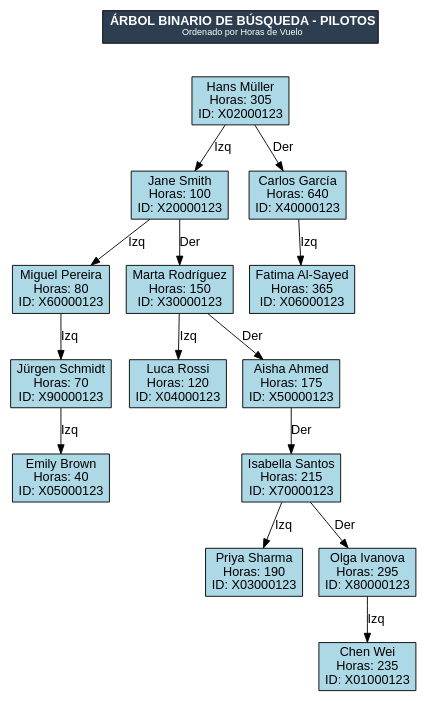
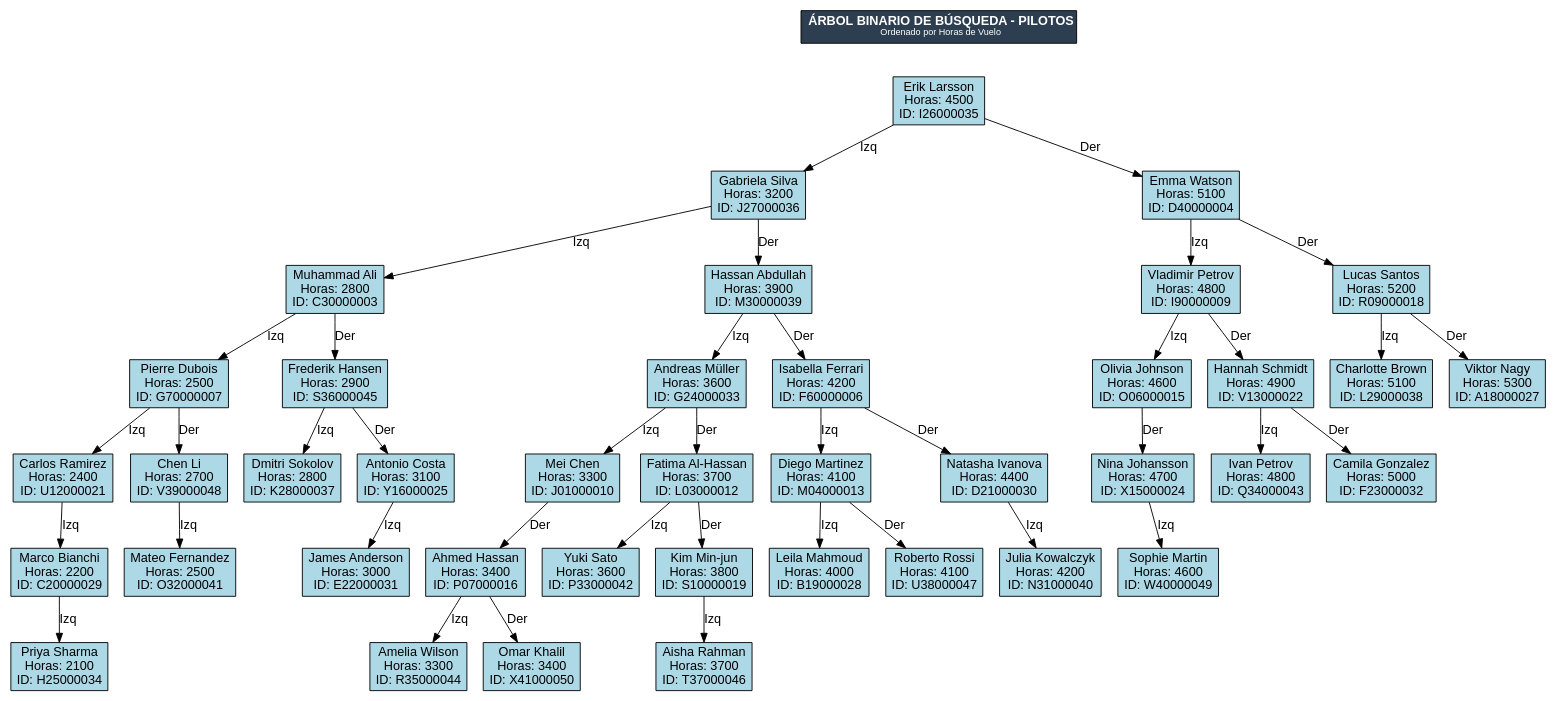
Before and after one commit to Alexis31T/EDD_Proyecto_202401884: the diagram in EDD_Practica_202401884/reportes/arbol_pilotos.dot, drawn with Graphviz. The commit also changed 18 other files, not shown here.

```diff
--- a/EDD_Practica_202401884/reportes/arbol_pilotos.dot
+++ b/EDD_Practica_202401884/reportes/arbol_pilotos.dot
@@ -1,36 +1,88 @@
 digraph ArbolBinarioPilotos {
     node [shape=box, style=filled, fillcolor=lightblue, fontname="Arial"];
     edge [fontname="Arial"];
     rankdir=TB;
 
     titulo [label=<<B>ÁRBOL BINARIO DE BÚSQUEDA - PILOTOS</B><BR/><FONT POINT-SIZE="10">Ordenado por Horas de Vuelo</FONT>>, shape=box, fillcolor="#2C3E50", fontcolor=white, style=filled];
 
-    nodo4 [label="Emily Brown\nHoras: 40\nID: X05000123"];
+    nodo6 [label="Priya Sharma\nHoras: 2100\nID: H25000034"];
+    nodo5 -> nodo6 [label="Izq"];
+    nodo5 [label="Marco Bianchi\nHoras: 2200\nID: C20000029"];
+    nodo4 -> nodo5 [label="Izq"];
+    nodo4 [label="Carlos Ramirez\nHoras: 2400\nID: U12000021"];
     nodo3 -> nodo4 [label="Izq"];
-    nodo3 [label="Jürgen Schmidt\nHoras: 70\nID: X90000123"];
+    nodo8 [label="Mateo Fernandez\nHoras: 2500\nID: O32000041"];
+    nodo7 -> nodo8 [label="Izq"];
+    nodo7 [label="Chen Li\nHoras: 2700\nID: V39000048"];
+    nodo3 -> nodo7 [label="Der"];
+    nodo3 [label="Pierre Dubois\nHoras: 2500\nID: G70000007"];
     nodo2 -> nodo3 [label="Izq"];
-    nodo2 [label="Miguel Pereira\nHoras: 80\nID: X60000123"];
+    nodo10 [label="Dmitri Sokolov\nHoras: 2800\nID: K28000037"];
+    nodo9 -> nodo10 [label="Izq"];
+    nodo12 [label="James Anderson\nHoras: 3000\nID: E22000031"];
+    nodo11 -> nodo12 [label="Izq"];
+    nodo11 [label="Antonio Costa\nHoras: 3100\nID: Y16000025"];
+    nodo9 -> nodo11 [label="Der"];
+    nodo9 [label="Frederik Hansen\nHoras: 2900\nID: S36000045"];
+    nodo2 -> nodo9 [label="Der"];
+    nodo2 [label="Muhammad Ali\nHoras: 2800\nID: C30000003"];
     nodo1 -> nodo2 [label="Izq"];
-    nodo6 [label="Luca Rossi\nHoras: 120\nID: X04000123"];
-    nodo5 -> nodo6 [label="Izq"];
-    nodo9 [label="Priya Sharma\nHoras: 190\nID: X03000123"];
-    nodo8 -> nodo9 [label="Izq"];
-    nodo11 [label="Chen Wei\nHoras: 235\nID: X01000123"];
-    nodo10 -> nodo11 [label="Izq"];
-    nodo10 [label="Olga Ivanova\nHoras: 295\nID: X80000123"];
-    nodo8 -> nodo10 [label="Der"];
-    nodo8 [label="Isabella Santos\nHoras: 215\nID: X70000123"];
-    nodo7 -> nodo8 [label="Der"];
-    nodo7 [label="Aisha Ahmed\nHoras: 175\nID: X50000123"];
-    nodo5 -> nodo7 [label="Der"];
-    nodo5 [label="Marta Rodríguez\nHoras: 150\nID: X30000123"];
-    nodo1 -> nodo5 [label="Der"];
-    nodo1 [label="Jane Smith\nHoras: 100\nID: X20000123"];
+    nodo17 [label="Amelia Wilson\nHoras: 3300\nID: R35000044"];
+    nodo16 -> nodo17 [label="Izq"];
+    nodo18 [label="Omar Khalil\nHoras: 3400\nID: X41000050"];
+    nodo16 -> nodo18 [label="Der"];
+    nodo16 [label="Ahmed Hassan\nHoras: 3400\nID: P07000016"];
+    nodo15 -> nodo16 [label="Der"];
+    nodo15 [label="Mei Chen\nHoras: 3300\nID: J01000010"];
+    nodo14 -> nodo15 [label="Izq"];
+    nodo20 [label="Yuki Sato\nHoras: 3600\nID: P33000042"];
+    nodo19 -> nodo20 [label="Izq"];
+    nodo22 [label="Aisha Rahman\nHoras: 3700\nID: T37000046"];
+    nodo21 -> nodo22 [label="Izq"];
+    nodo21 [label="Kim Min-jun\nHoras: 3800\nID: S10000019"];
+    nodo19 -> nodo21 [label="Der"];
+    nodo19 [label="Fatima Al-Hassan\nHoras: 3700\nID: L03000012"];
+    nodo14 -> nodo19 [label="Der"];
+    nodo14 [label="Andreas Müller\nHoras: 3600\nID: G24000033"];
+    nodo13 -> nodo14 [label="Izq"];
+    nodo25 [label="Leila Mahmoud\nHoras: 4000\nID: B19000028"];
+    nodo24 -> nodo25 [label="Izq"];
+    nodo26 [label="Roberto Rossi\nHoras: 4100\nID: U38000047"];
+    nodo24 -> nodo26 [label="Der"];
+    nodo24 [label="Diego Martinez\nHoras: 4100\nID: M04000013"];
+    nodo23 -> nodo24 [label="Izq"];
+    nodo28 [label="Julia Kowalczyk\nHoras: 4200\nID: N31000040"];
+    nodo27 -> nodo28 [label="Izq"];
+    nodo27 [label="Natasha Ivanova\nHoras: 4400\nID: D21000030"];
+    nodo23 -> nodo27 [label="Der"];
+    nodo23 [label="Isabella Ferrari\nHoras: 4200\nID: F60000006"];
+    nodo13 -> nodo23 [label="Der"];
+    nodo13 [label="Hassan Abdullah\nHoras: 3900\nID: M30000039"];
+    nodo1 -> nodo13 [label="Der"];
+    nodo1 [label="Gabriela Silva\nHoras: 3200\nID: J27000036"];
     nodo0 -> nodo1 [label="Izq"];
-    nodo13 [label="Fatima Al-Sayed\nHoras: 365\nID: X06000123"];
-    nodo12 -> nodo13 [label="Izq"];
-    nodo12 [label="Carlos García\nHoras: 640\nID: X40000123"];
-    nodo0 -> nodo12 [label="Der"];
-    nodo0 [label="Hans Müller\nHoras: 305\nID: X02000123"];
+    nodo33 [label="Sophie Martin\nHoras: 4600\nID: W40000049"];
+    nodo32 -> nodo33 [label="Izq"];
+    nodo32 [label="Nina Johansson\nHoras: 4700\nID: X15000024"];
+    nodo31 -> nodo32 [label="Der"];
+    nodo31 [label="Olivia Johnson\nHoras: 4600\nID: O06000015"];
+    nodo30 -> nodo31 [label="Izq"];
+    nodo35 [label="Ivan Petrov\nHoras: 4800\nID: Q34000043"];
+    nodo34 -> nodo35 [label="Izq"];
+    nodo36 [label="Camila Gonzalez\nHoras: 5000\nID: F23000032"];
+    nodo34 -> nodo36 [label="Der"];
+    nodo34 [label="Hannah Schmidt\nHoras: 4900\nID: V13000022"];
+    nodo30 -> nodo34 [label="Der"];
+    nodo30 [label="Vladimir Petrov\nHoras: 4800\nID: I90000009"];
+    nodo29 -> nodo30 [label="Izq"];
+    nodo38 [label="Charlotte Brown\nHoras: 5100\nID: L29000038"];
+    nodo37 -> nodo38 [label="Izq"];
+    nodo39 [label="Viktor Nagy\nHoras: 5300\nID: A18000027"];
+    nodo37 -> nodo39 [label="Der"];
+    nodo37 [label="Lucas Santos\nHoras: 5200\nID: R09000018"];
+    nodo29 -> nodo37 [label="Der"];
+    nodo29 [label="Emma Watson\nHoras: 5100\nID: D40000004"];
+    nodo0 -> nodo29 [label="Der"];
+    nodo0 [label="Erik Larsson\nHoras: 4500\nID: I26000035"];
     titulo -> nodo0 [style=invis];
 }
```
